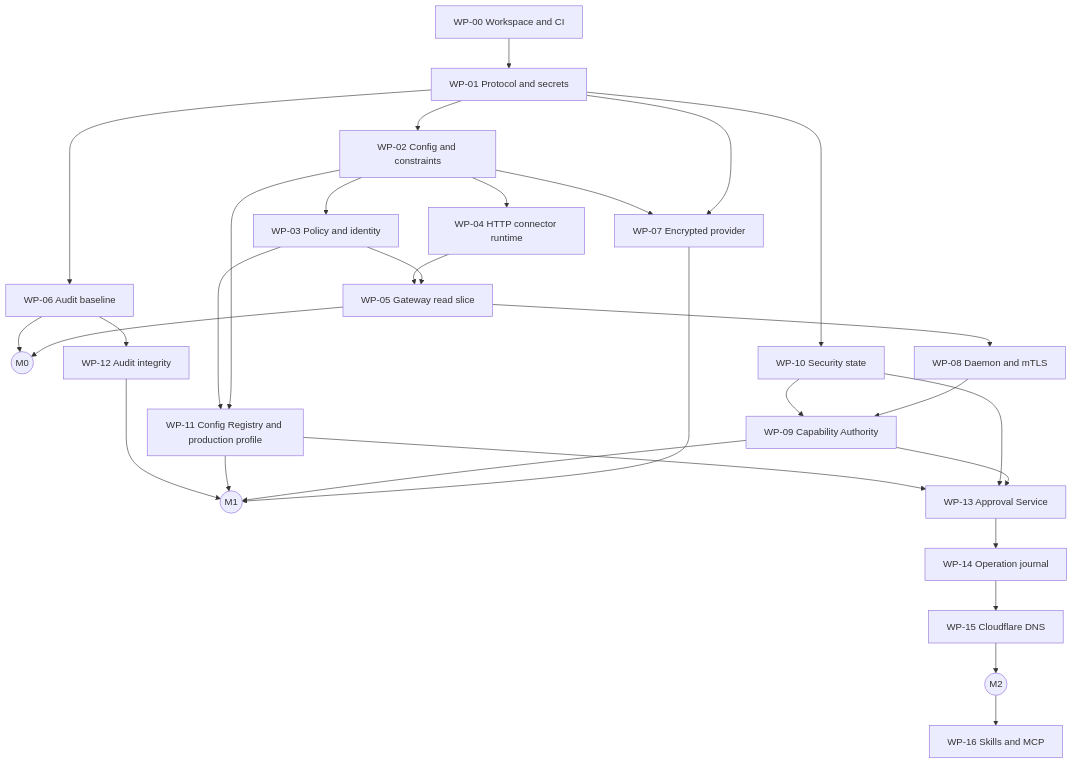
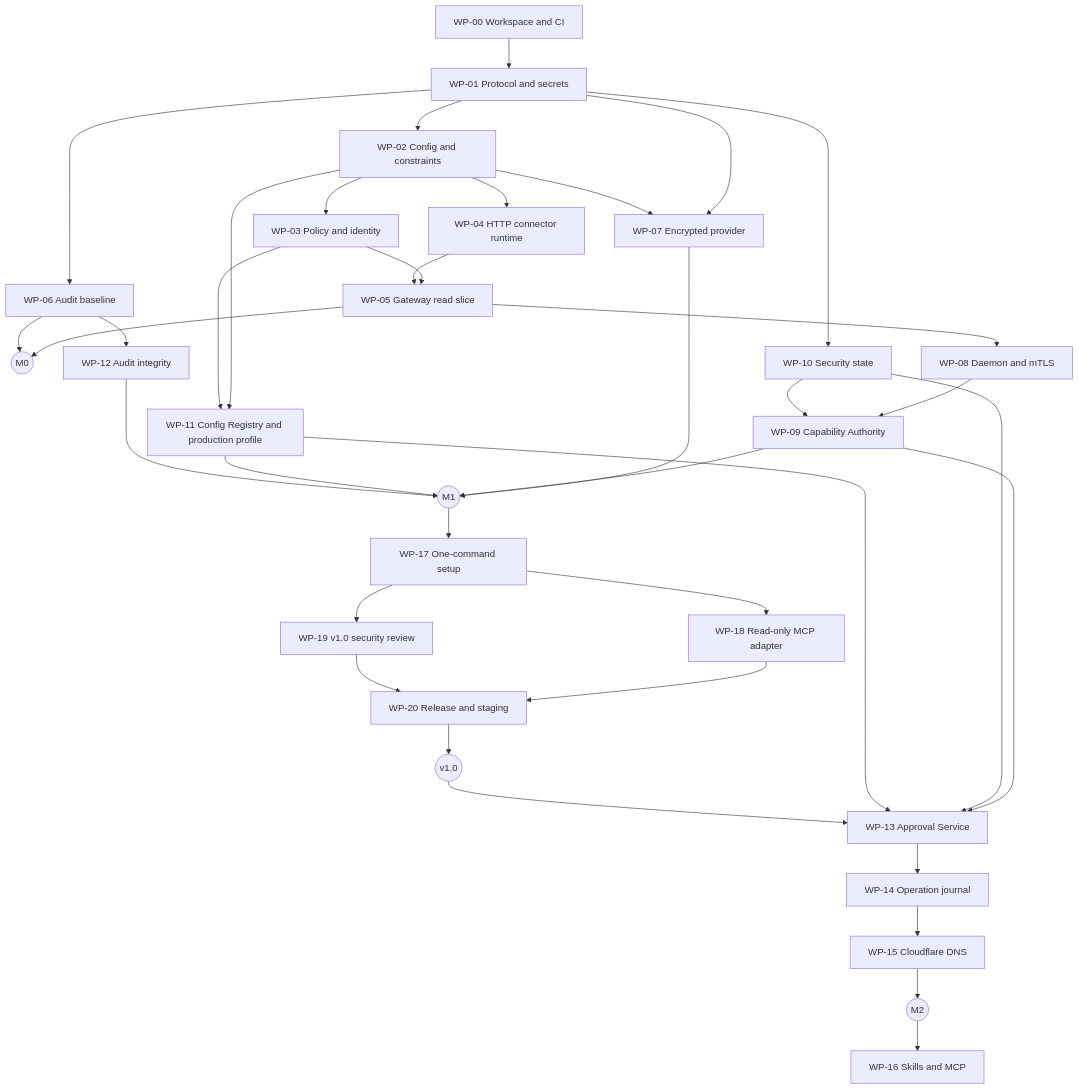
One commit to carloscn/agent-credential-firewall changed the diagram in docs/implementation-plan.md. Above: the diagram before and after it, drawn with Mermaid. The commit also changed other lines of this file and 1 other file, not shown here.

First line of the commit message:
docs: plan the read-only v1.0 release

````diff
--- a/docs/implementation-plan.md
+++ b/docs/implementation-plan.md
@@ -575,32 +656,39 @@
 ```mermaid
 flowchart TD
     W0[WP-00 Workspace and CI] --> W1[WP-01 Protocol and secrets]
     W1 --> W2[WP-02 Config and constraints]
     W2 --> W3[WP-03 Policy and identity]
     W2 --> W4[WP-04 HTTP connector runtime]
     W3 --> W5[WP-05 Gateway read slice]
     W4 --> W5
     W1 --> W6[WP-06 Audit baseline]
     W5 --> M0((M0))
     W6 --> M0
     W1 --> W7[WP-07 Encrypted provider]
     W2 --> W7
     W5 --> W8[WP-08 Daemon and mTLS]
     W1 --> W10[WP-10 Security state]
     W8 --> W9[WP-09 Capability Authority]
     W10 --> W9
     W2 --> W11[WP-11 Config Registry and production profile]
     W3 --> W11
     W6 --> W12[WP-12 Audit integrity]
     W7 --> M1((M1))
     W9 --> M1
     W11 --> M1
     W12 --> M1
     W9 --> W13[WP-13 Approval Service]
     W10 --> W13
     W11 --> W13
     W13 --> W14[WP-14 Operation journal]
     W14 --> W15[WP-15 Cloudflare DNS]
+    M1 --> W17[WP-17 One-command setup]
+    W17 --> W18[WP-18 Read-only MCP adapter]
+    W17 --> W19[WP-19 v1.0 security review]
+    W18 --> W20[WP-20 Release and staging]
+    W19 --> W20
+    W20 --> V1((v1.0))
+    V1 --> W13
     W15 --> M2((M2))
     M2 --> W16[WP-16 Skills and MCP]
 ```
````
